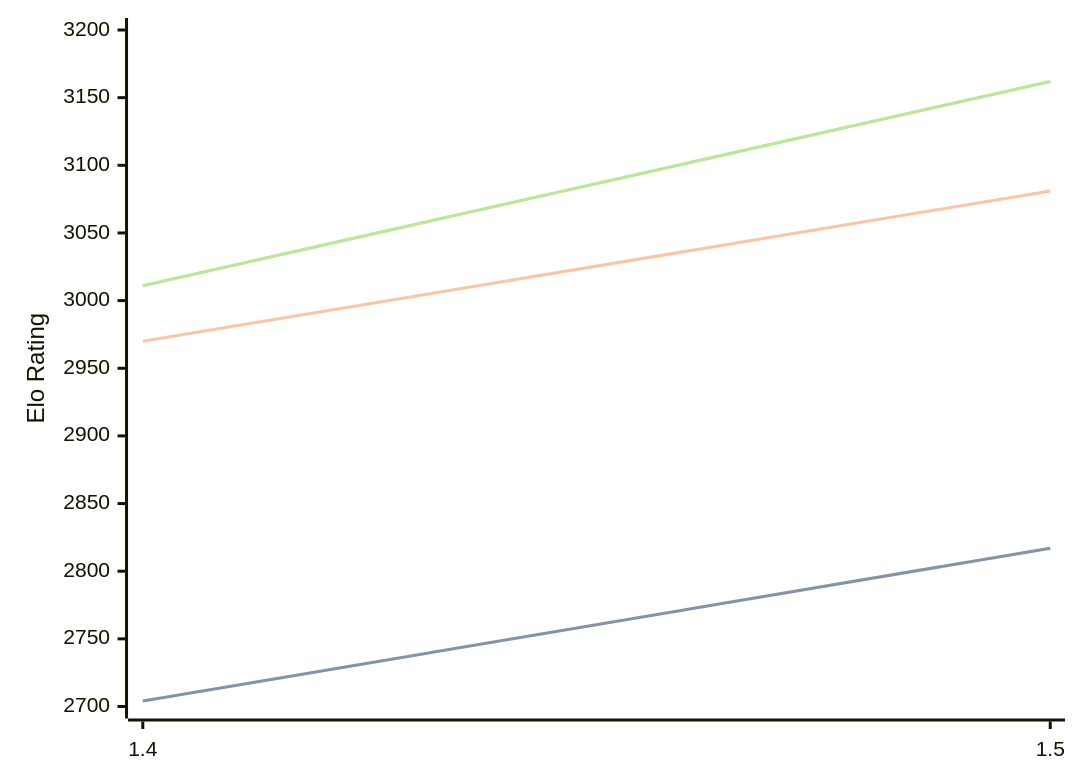
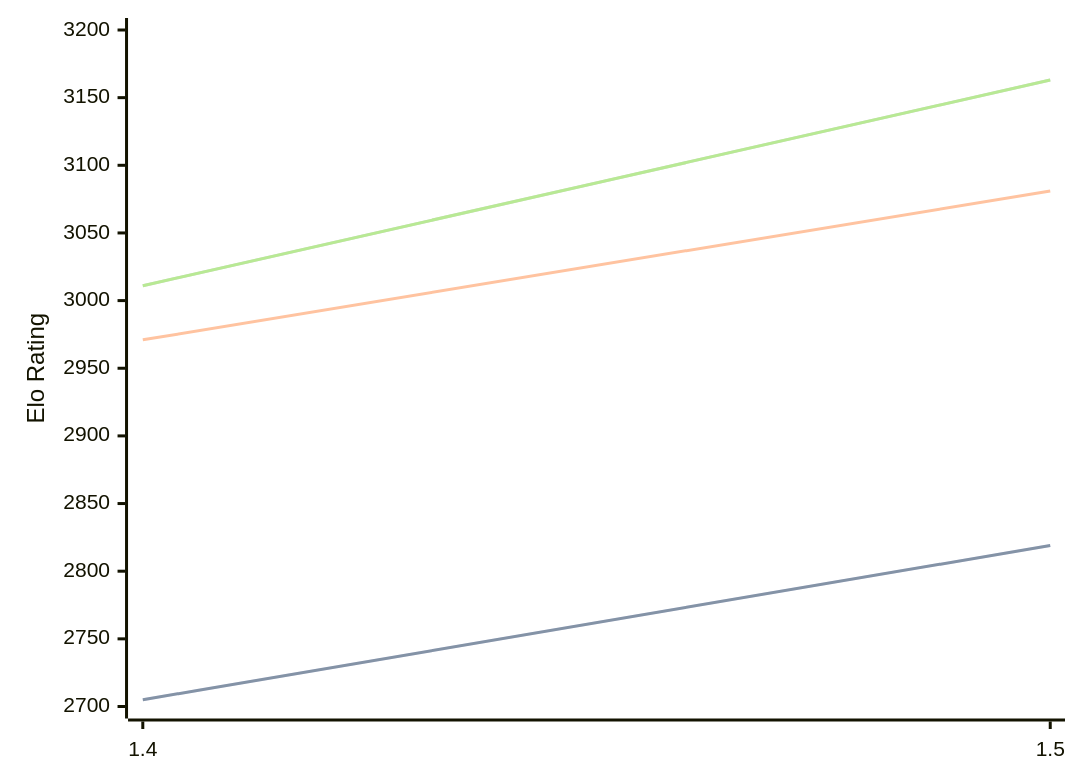
One commit to computer-chess-index/cci changed the diagram in engines/Yakka.md. Above: the diagram before and after it, drawn with Mermaid. The commit also changed other lines of this file, not shown here.

Commit message:
Update CCI Ratings (ELO VLTC) - 2026-05-17

````diff
--- a/engines/Yakka.md
+++ b/engines/Yakka.md
@@ -36,11 +36,11 @@
 ```mermaid
 %%{init: {"theme":"base","themeVariables":{"seriesColors:['#a3a3a3','#222221','#faa371']}}}%%
 xychart-beta
   x-axis ["1.4", "1.5"]
   y-axis "Elo Rating" 2700 --> 3200
-  line "STC (8.0+0.08s)" [2704, 2817]
-  line "STC (8.0+0.08s)" [2704, 2817]
-  line "LTC (60.0+0.60s)" [2970, 3081]
-  line "VLTC (2m24s+1.12s)" [3011, 3162]
-  line "VLTC (2m24s+1.12s)" [3011, 3162]
+  line "STC (8.0+0.08s)" [2705, 2819]
+  line "STC (8.0+0.08s)" [2705, 2819]
+  line "LTC (60.0+0.60s)" [2971, 3081]
+  line "VLTC (2m24s+1.12s)" [3011, 3163]
+  line "VLTC (2m24s+1.12s)" [3011, 3163]
 ```
````
